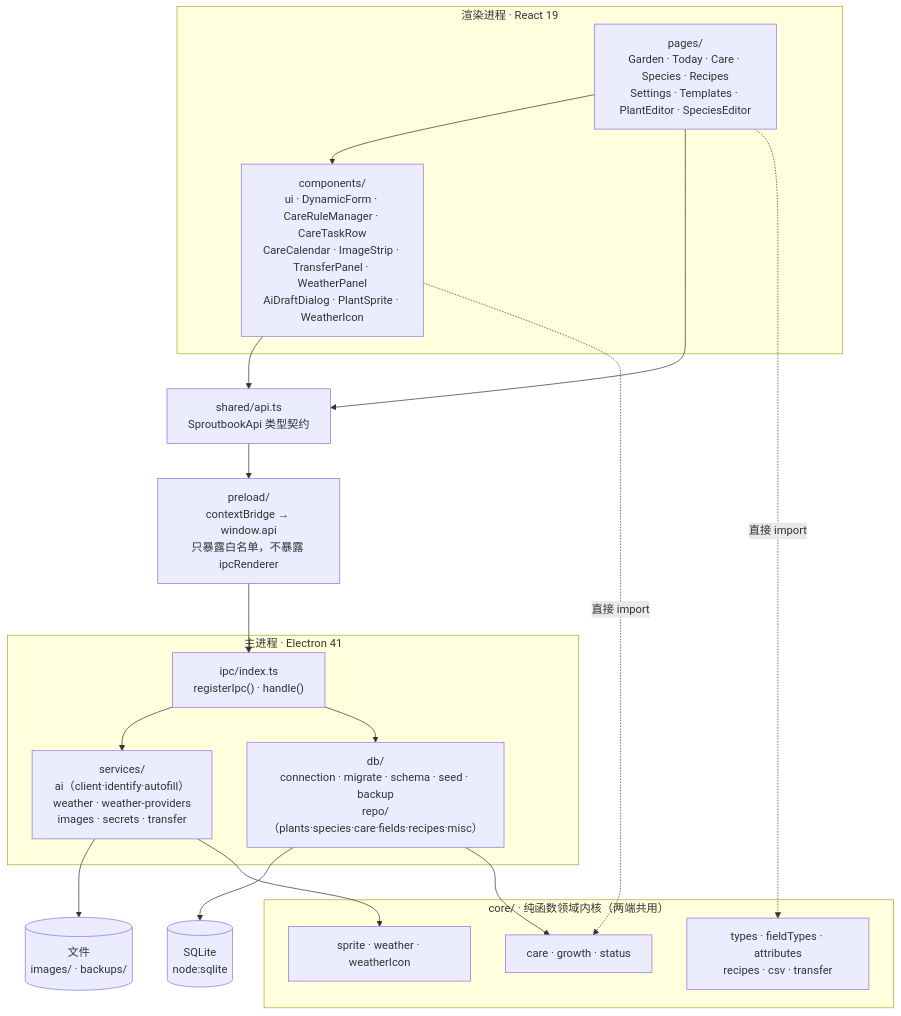
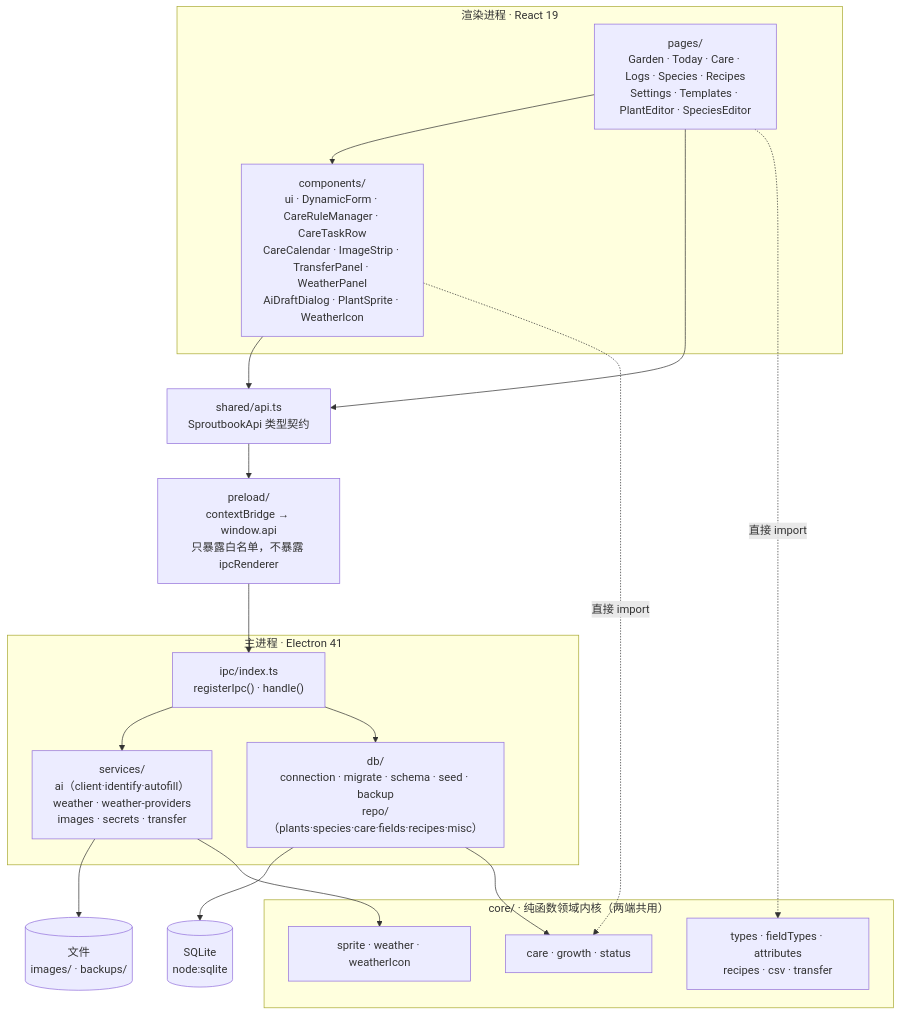
The first of 5 diagrams in docs/ARCHITECTURE.md (erha2777/sproutbook), drawn with Mermaid before and after one commit. The commit also changed other lines of this file and 10 other files, not shown here.

````diff
--- a/docs/ARCHITECTURE.md
+++ b/docs/ARCHITECTURE.md
@@ -25,39 +25,39 @@
 ```mermaid
 flowchart TB
     subgraph R["渲染进程 · React 19"]
-        PAGES["pages/<br/>Garden · Today · Care · Species · Recipes<br/>Settings · Templates · PlantEditor · SpeciesEditor"]
+        PAGES["pages/<br/>Garden · Today · Care · Logs · Species · Recipes<br/>Settings · Templates · PlantEditor · SpeciesEditor"]
         COMP["components/<br/>ui · DynamicForm · CareRuleManager · CareTaskRow<br/>CareCalendar · ImageStrip · TransferPanel · WeatherPanel<br/>AiDraftDialog · PlantSprite · WeatherIcon"]
     end
 
     API["shared/api.ts<br/>SproutbookApi 类型契约"]
     PRE["preload/<br/>contextBridge → window.api<br/>只暴露白名单，不暴露 ipcRenderer"]
 
     subgraph M["主进程 · Electron 41"]
         IPC["ipc/index.ts<br/>registerIpc() · handle()"]
         SVC["services/<br/>ai（client·identify·autofill）<br/>weather · weather-providers<br/>images · secrets · transfer"]
         DB["db/<br/>connection · migrate · schema · seed · backup<br/>repo/（plants·species·care·fields·recipes·misc）"]
     end
 
     subgraph CORE["core/ · 纯函数领域内核（两端共用）"]
         C1["care · growth · status"]
         C2["sprite · weather · weatherIcon"]
         C3["types · fieldTypes · attributes<br/>recipes · csv · transfer"]
     end
 
     SQL[("SQLite<br/>node:sqlite")]
     FS[("文件<br/>images/ · backups/")]
 
     PAGES --> COMP
     COMP --> API
     PAGES --> API
     API --> PRE
     PRE --> IPC
     IPC --> SVC
     IPC --> DB
     DB --> SQL
     SVC --> FS
     PAGES -.直接 import.-> C3
     COMP -.直接 import.-> C1
     DB --> C1
     SVC --> C2
 ```
````
